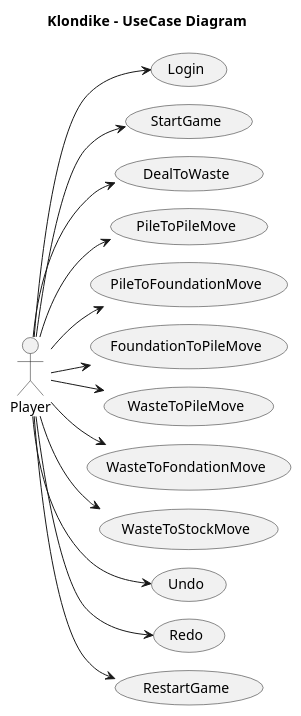
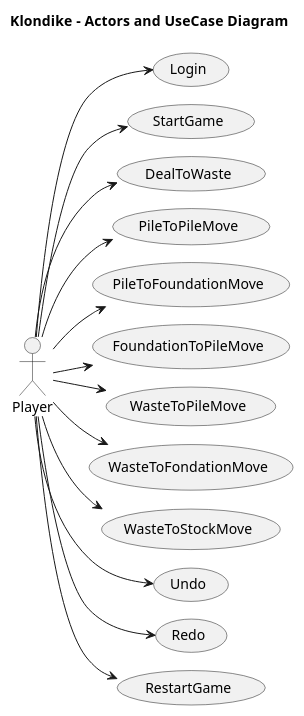
One commit to AngelOS95P/Maestria_IngSoftware_grupo6 changed the diagram in 2 Modelo de vistas de caso de uso/Diagrama de actores y casos de uso.plantuml. Above: the diagram before and after it, drawn with PlantUML. The commit also changed 16 other files, not shown here.

```diff
--- a/2 Modelo de vistas de caso de uso/Diagrama de actores y casos de uso.plantuml
+++ b/2 Modelo de vistas de caso de uso/Diagrama de actores y casos de uso.plantuml
@@ -1,34 +1,34 @@
 @startuml ActorsDiagram
-title Klondike  - UseCase Diagram
+title Klondike  - Actors and UseCase Diagram
 left to right direction
 !pragma layout smetana
 
 actor Player
 
 usecase Login
 usecase StartGame
 usecase DealToWaste
 usecase PileToPileMove
 usecase PileToFoundationMove
 usecase FoundationToPileMove
 usecase WasteToPileMove
 usecase WasteToFondationMove
 usecase WasteToStockMove
 usecase Undo
 usecase Redo
 usecase RestartGame
 
 Player --> Login
 Player --> StartGame
 Player --> DealToWaste
 Player --> PileToPileMove
 Player --> PileToFoundationMove
 Player -->  FoundationToPileMove
 Player -->  WasteToPileMove
 Player -->  WasteToFondationMove
 Player -->  WasteToStockMove
 Player -->  Undo
 Player -->  Redo
 Player -->  RestartGame
 
 @enduml
```
